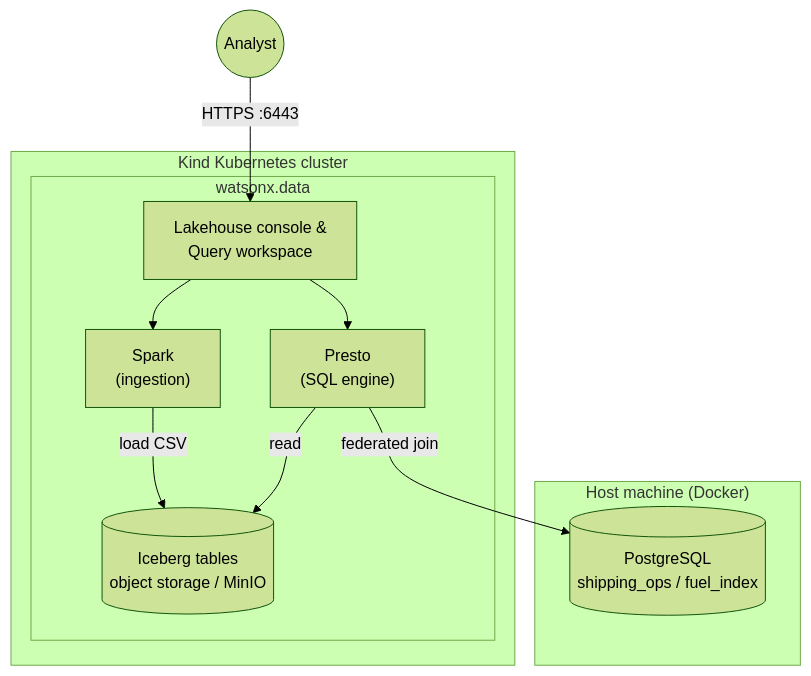
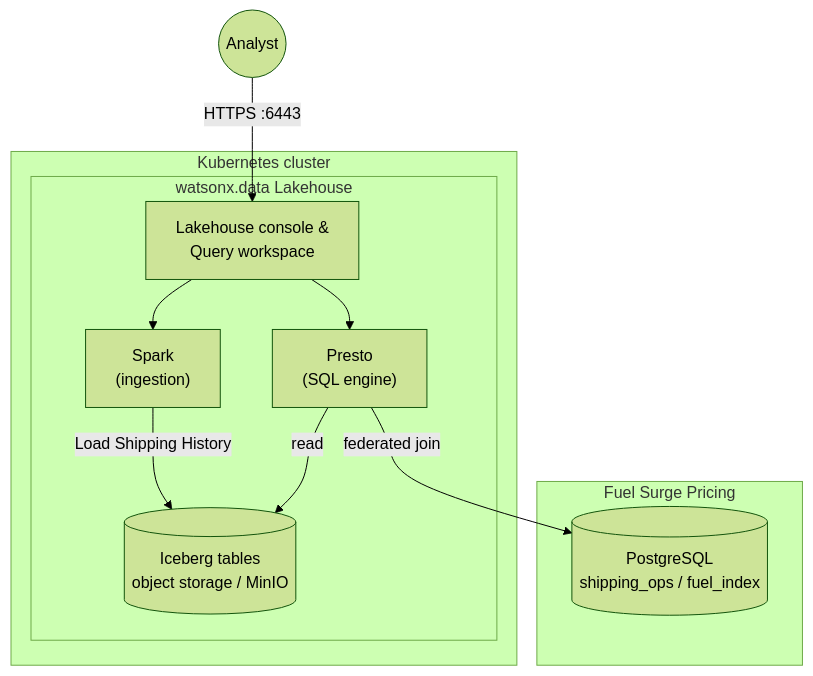
Before and after one commit to michelderu/wxd-globalparcel-demo: the diagram in README.md, drawn with Mermaid (forest theme). The commit also changed other lines of this file and 2 other files, not shown here.

Commit message:
improved use-case explanation

````diff
--- a/README.md
+++ b/README.md
@@ -18,23 +13,28 @@
 ```mermaid
 flowchart TB
-    subgraph Host["Host machine (Docker)"]
-        PG[("PostgreSQL\nshipping_ops / fuel_index")]
+    subgraph DB["Fuel Surge Pricing"]
+        PG[("PostgreSQL
+        shipping_ops / fuel_index")]
     end
 
-    subgraph Kind["Kind Kubernetes cluster"]
-        subgraph WXD["watsonx.data"]
-            UI["Lakehouse console &\nQuery workspace"]
-            Spark["Spark\n(ingestion)"]
-            Presto["Presto\n(SQL engine)"]
-            Iceberg[("Iceberg tables\nobject storage / MinIO")]
+    subgraph K8s["Kubernetes cluster"]
+        subgraph wxd["watsonx.data Lakehouse"]
+            UI["Lakehouse console &
+            Query workspace"]
+            Spark["Spark
+            (ingestion)"]
+            Presto["Presto
+            (SQL engine)"]
+            Iceberg[("Iceberg tables
+            object storage / MinIO")]
         end
     end
 
     Analyst((Analyst))
     Analyst -->|HTTPS :6443| UI
     UI --> Spark
     UI --> Presto
-    Spark -->|load CSV| Iceberg
+    Spark -->|Load Shipping History| Iceberg
     Presto -->|read| Iceberg
     Presto -->|federated join| PG
 ```
````
